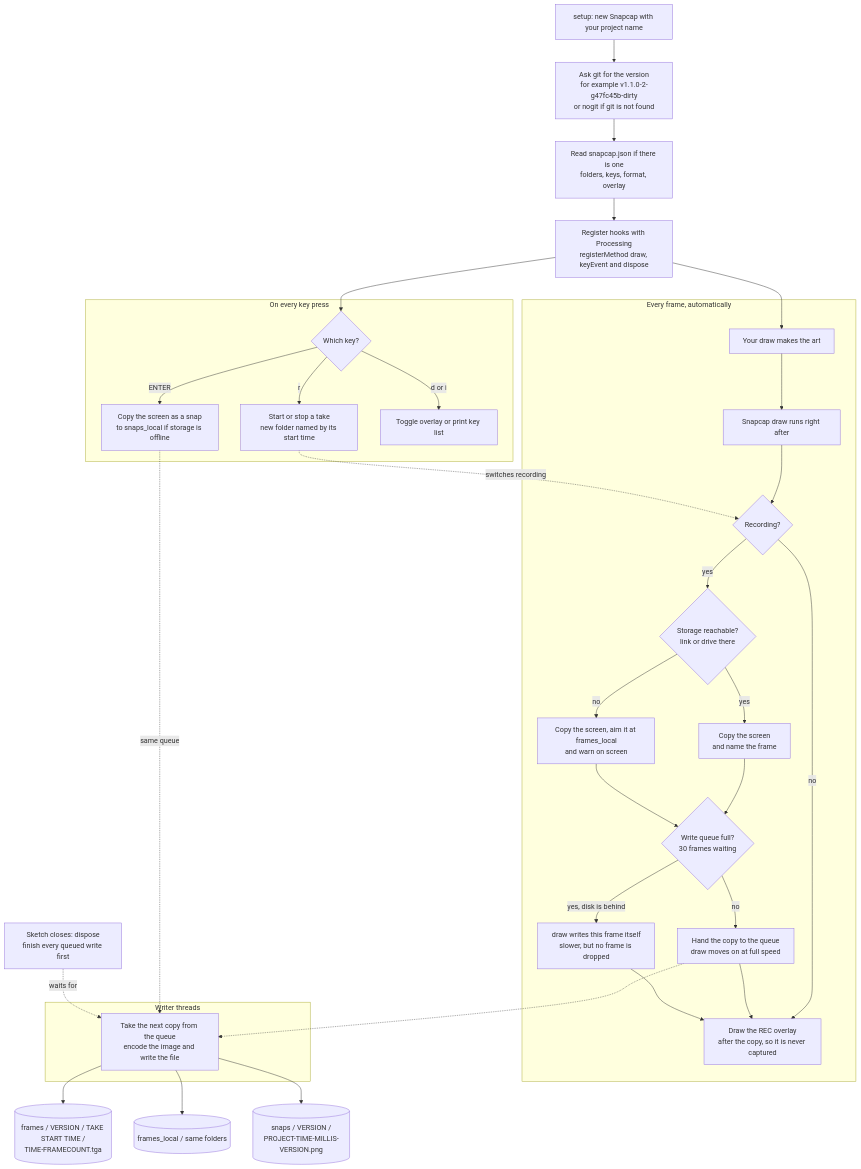
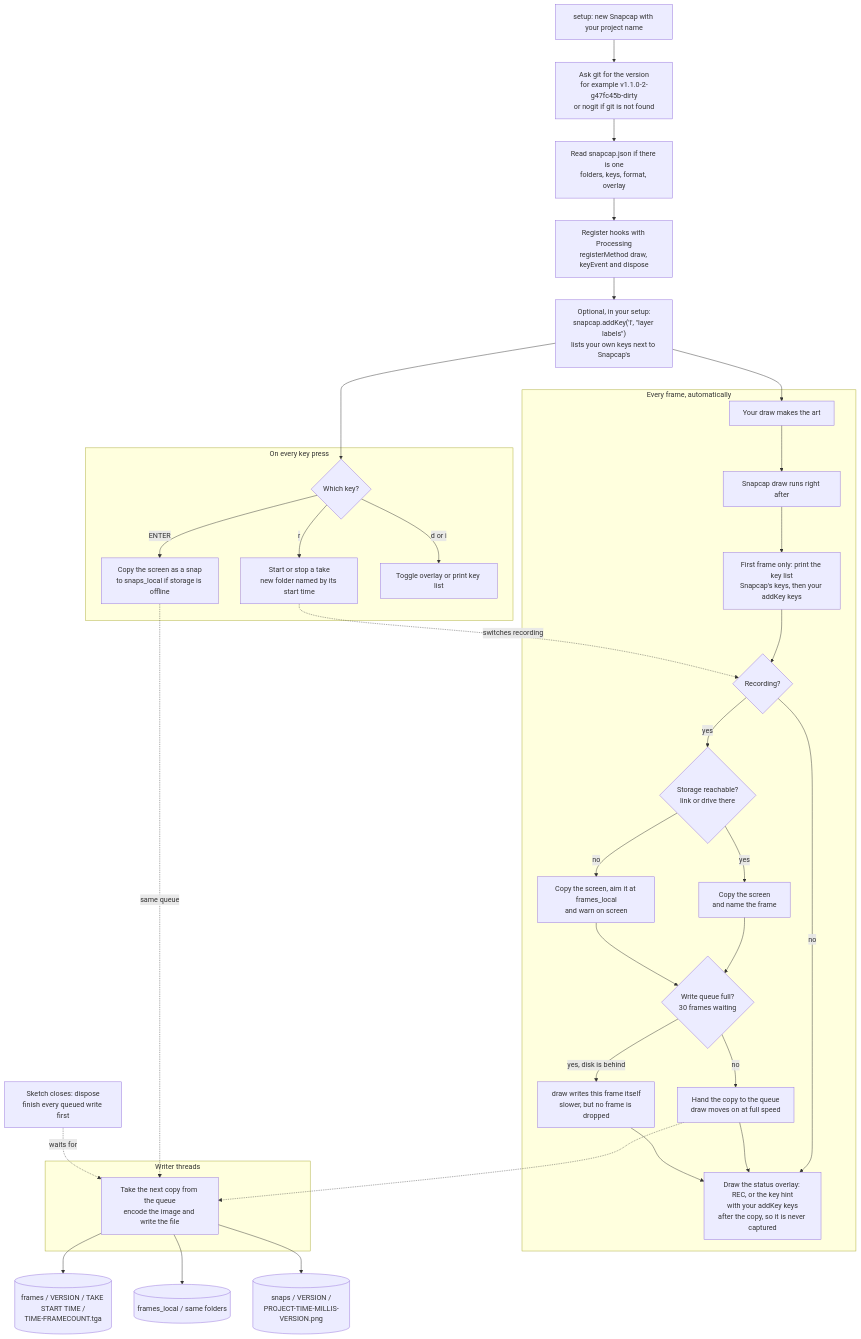
The diagram in docs/diagrams/how-it-works.mmd (jaycody/snapcap), drawn with Mermaid before and after one commit. The commit also changed 5 other files, not shown here.

First line of the commit message:
Diagrams: addKey and first-frame key list, cancel paths, snapcap-media example

```diff
--- a/docs/diagrams/how-it-works.mmd
+++ b/docs/diagrams/how-it-works.mmd
@@ -1,43 +1,45 @@
 flowchart TD
     A["setup: new Snapcap with your project name"] --> G["Ask git for the version<br/>for example v1.1.0-2-g47fc45b-dirty<br/>or nogit if git is not found"]
     G --> CF["Read snapcap.json if there is one<br/>folders, keys, format, overlay"]
     CF --> R["Register hooks with Processing<br/>registerMethod draw, keyEvent and dispose"]
+    R --> AK["Optional, in your setup:<br/>snapcap.addKey('l', &quot;layer labels&quot;)<br/>lists your own keys next to Snapcap's"]
 
     subgraph EVERY ["Every frame, automatically"]
         D1["Your draw makes the art"] --> D2["Snapcap draw runs right after"]
-        D2 --> Q{"Recording?"}
+        D2 --> FIRST["First frame only: print the key list<br/>Snapcap's keys, then your addKey keys"]
+        FIRST --> Q{"Recording?"}
         Q -->|yes| ST{"Storage reachable?<br/>link or drive there"}
         ST -->|yes| CP["Copy the screen<br/>and name the frame"]
         ST -->|no| CL["Copy the screen, aim it at frames_local<br/>and warn on screen"]
         CP --> QF{"Write queue full?<br/>30 frames waiting"}
         CL --> QF
         QF -->|no| EN["Hand the copy to the queue<br/>draw moves on at full speed"]
         QF -->|"yes, disk is behind"| SELF["draw writes this frame itself<br/>slower, but no frame is dropped"]
-        Q -->|no| OV["Draw the REC overlay<br/>after the copy, so it is never captured"]
+        Q -->|no| OV["Draw the status overlay: REC, or the key hint<br/>with your addKey keys<br/>after the copy, so it is never captured"]
         EN --> OV
         SELF --> OV
     end
 
     subgraph WRITERS ["Writer threads"]
         W["Take the next copy from the queue<br/>encode the image and write the file"]
     end
 
     subgraph KEYS ["On every key press"]
         K{"Which key?"}
         K -->|r| T["Start or stop a take<br/>new folder named by its start time"]
         K -->|ENTER| S["Copy the screen as a snap<br/>to snaps_local if storage is offline"]
         K -->|d or i| H["Toggle overlay or print key list"]
     end
 
     X["Sketch closes: dispose<br/>finish every queued write first"]
 
-    R --> D1
-    R --> K
+    AK --> D1
+    AK --> K
     T -.->|switches recording| Q
     EN -.-> W
     S -.->|same queue| W
     X -.->|waits for| W
 
     W --> FR[("frames / VERSION / TAKE START TIME /<br/>TIME-FRAMECOUNT.tga")]
     W --> FL[("frames_local / same folders")]
     W --> SN[("snaps / VERSION /<br/>PROJECT-TIME-MILLIS-VERSION.png")]
```
